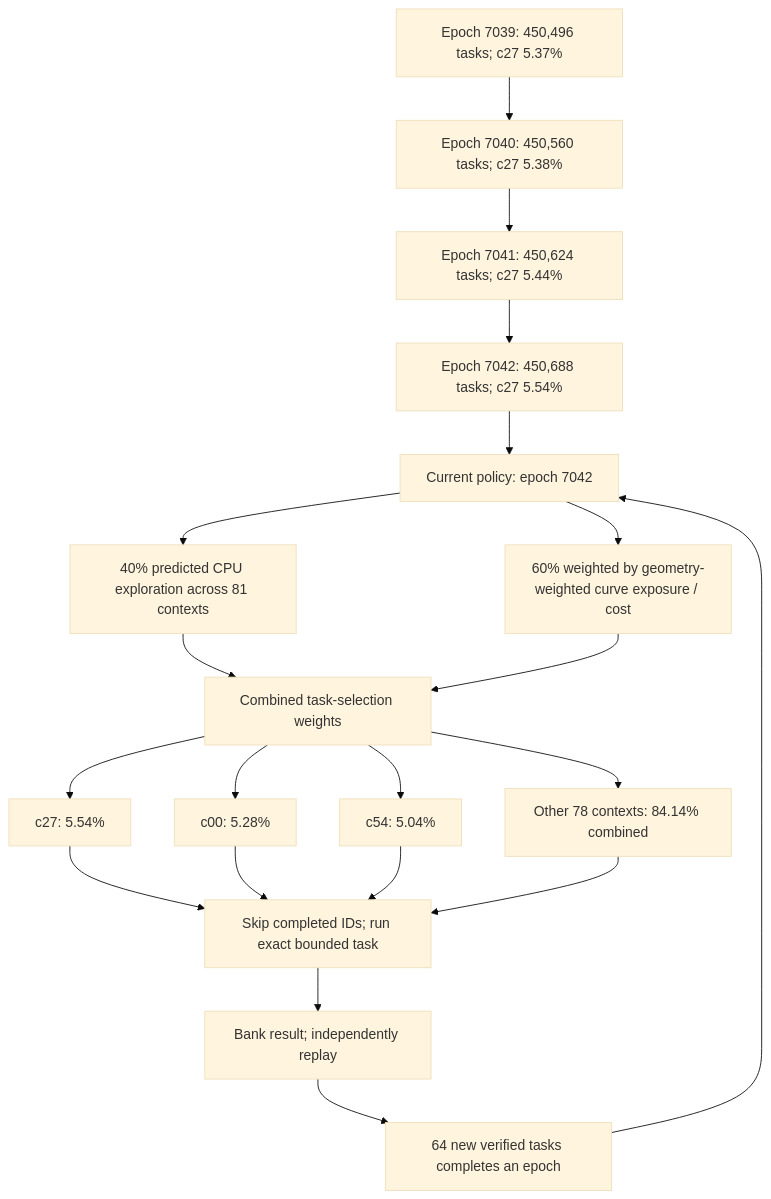
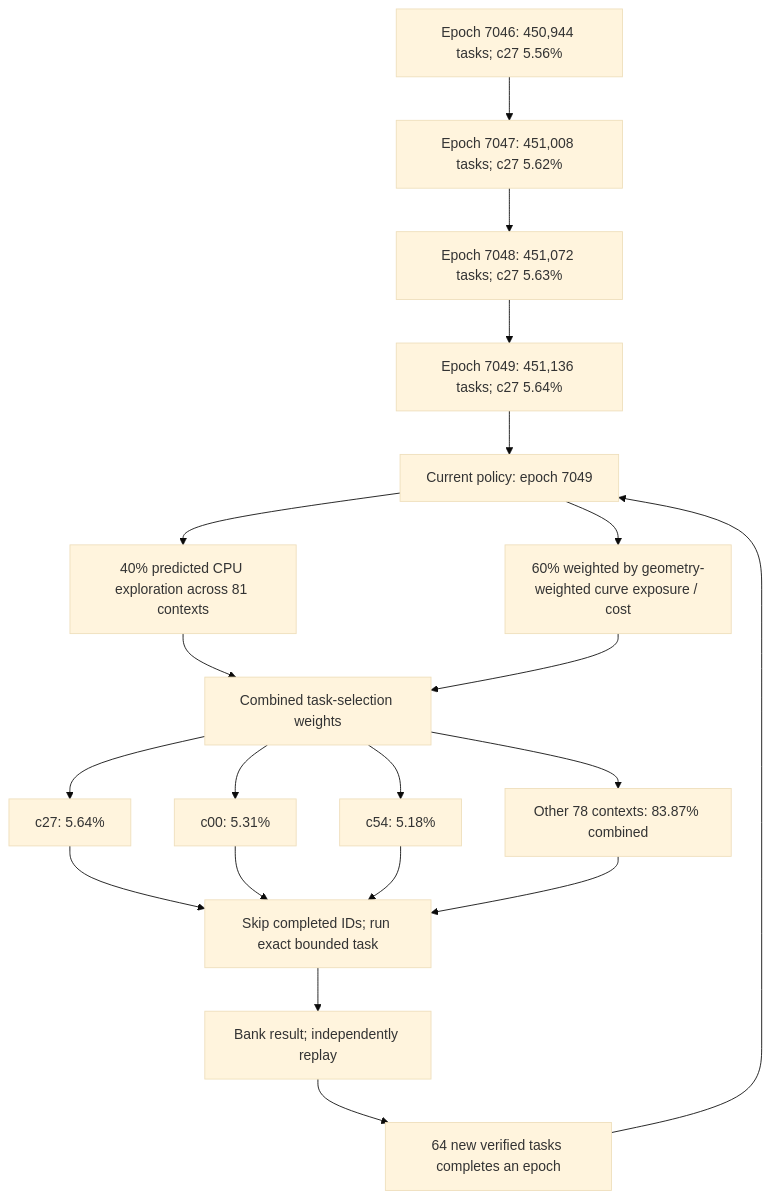
The first of 4 diagrams in README.md (Kuberwastaken/math-gambling), drawn with Mermaid (base theme) before and after one commit. The commit also changed other lines of this file and 1423 other files, not shown here.

````diff
--- a/README.md
+++ b/README.md
@@ -60,27 +60,27 @@
 ```mermaid
 flowchart TD
-    H0["Epoch 7039: 450,496 tasks; c27 5.37%"]
-    H1["Epoch 7040: 450,560 tasks; c27 5.38%"]
+    H0["Epoch 7046: 450,944 tasks; c27 5.56%"]
+    H1["Epoch 7047: 451,008 tasks; c27 5.62%"]
     H0 --> H1
-    H2["Epoch 7041: 450,624 tasks; c27 5.44%"]
+    H2["Epoch 7048: 451,072 tasks; c27 5.63%"]
     H1 --> H2
-    H3["Epoch 7042: 450,688 tasks; c27 5.54%"]
+    H3["Epoch 7049: 451,136 tasks; c27 5.64%"]
     H2 --> H3
-    Policy["Current policy: epoch 7042"]
+    Policy["Current policy: epoch 7049"]
     H3 --> Policy
     Policy --> Explore["40% predicted CPU exploration across 81 contexts"]
     Policy --> Cost["60% weighted by geometry-weighted curve exposure / cost"]
     Explore --> Mix["Combined task-selection weights"]
     Cost --> Mix
-    Mix --> C0["c27: 5.54%"]
-    Mix --> C1["c00: 5.28%"]
-    Mix --> C2["c54: 5.04%"]
-    Mix --> Rest["Other 78 contexts: 84.14% combined"]
+    Mix --> C0["c27: 5.64%"]
+    Mix --> C1["c00: 5.31%"]
+    Mix --> C2["c54: 5.18%"]
+    Mix --> Rest["Other 78 contexts: 83.87% combined"]
     C0 --> Check["Skip completed IDs; run exact bounded task"]
     C1 --> Check
     C2 --> Check
     Rest --> Check
     Check --> Replay["Bank result; independently replay"]
     Replay --> Gate["64 new verified tasks completes an epoch"]
     Gate --> Policy
 ```
````
